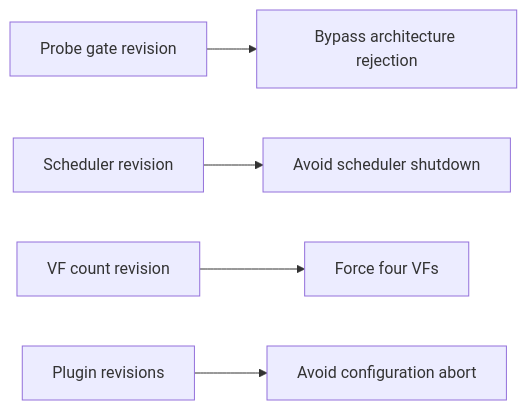
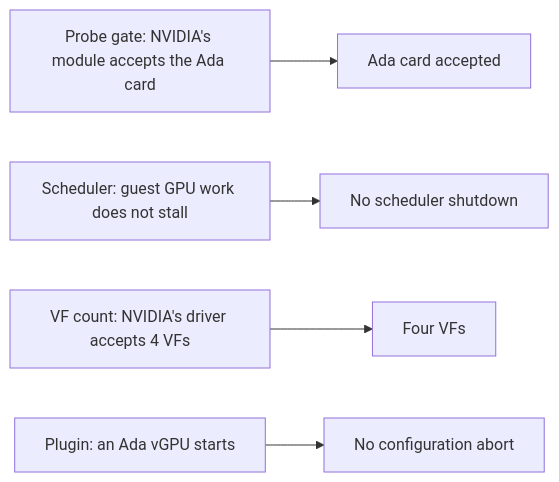
The third of 4 diagrams in docs/ada.md (noon-at-cgn/geforce-sriov), drawn with Mermaid before and after one commit. The commit also changed other lines of this file and 9 other files, not shown here.

````diff
--- a/docs/ada.md
+++ b/docs/ada.md
@@ -200,7 +198,7 @@
 ```mermaid
 flowchart LR
-    probe["Probe gate revision"] --> architecture["Bypass architecture rejection"]
-    scheduler["Scheduler revision"] --> runlist["Avoid scheduler shutdown"]
-    count["VF count revision"] --> vfs["Force four VFs"]
-    plugin["Plugin revisions"] --> configuration["Avoid configuration abort"]
+    probe["Probe gate: NVIDIA's module accepts the Ada card"] --> architecture["Ada card accepted"]
+    scheduler["Scheduler: guest GPU work does not stall"] --> runlist["No scheduler shutdown"]
+    count["VF count: NVIDIA's driver accepts 4 VFs"] --> vfs["Four VFs"]
+    plugin["Plugin: an Ada vGPU starts"] --> configuration["No configuration abort"]
 ```
````
